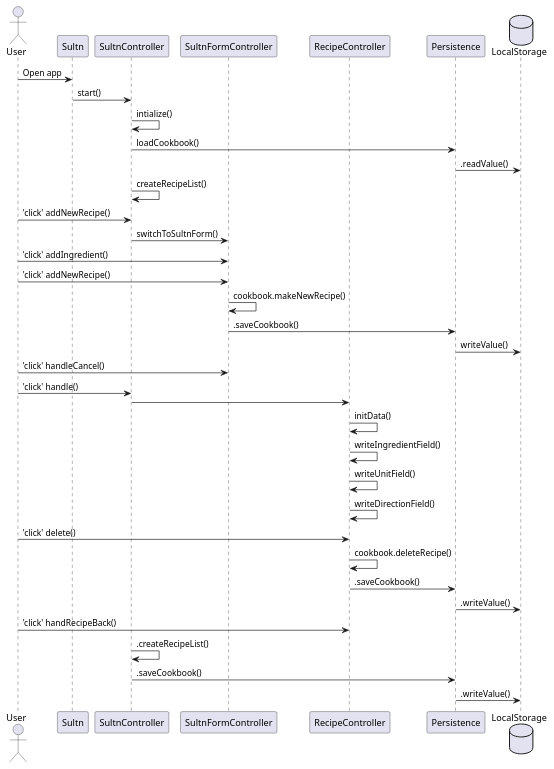
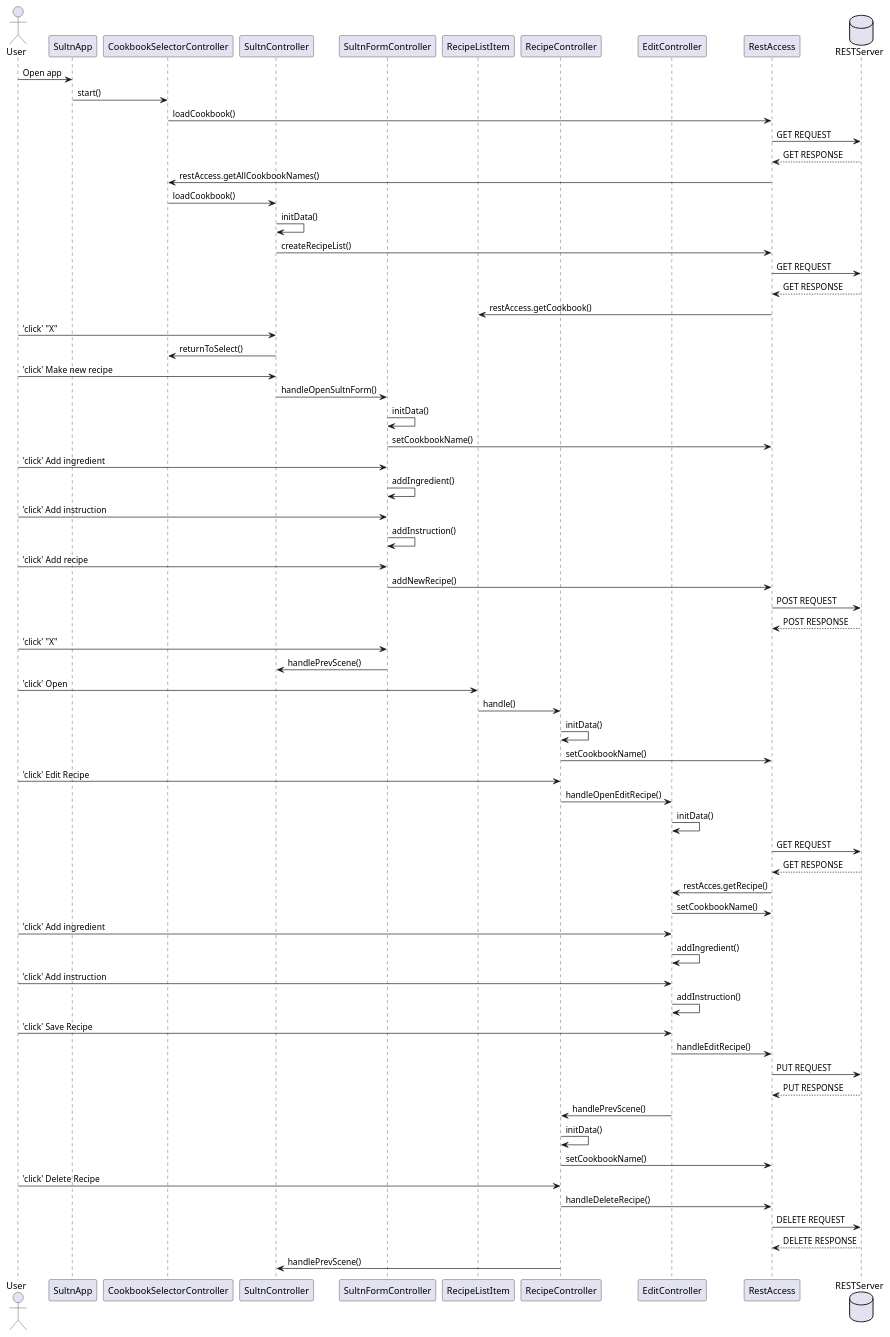
The diagram in puml/sequencediagram.puml (odaskjellet/IT1901-Sultn), drawn with PlantUML before and after one commit. The commit also changed 134 other files, not shown here.

```diff
--- a/puml/sequencediagram.puml
+++ b/puml/sequencediagram.puml
@@ -1,40 +1,83 @@
 @startuml Sequence Diagram
 
 actor User
-participant Sultn
+participant SultnApp
+participant CookbookSelectorController
 participant SultnController
 participant SultnFormController
+participant RecipeListItem
 participant RecipeController
-participant Persistence
-database LocalStorage
+participant EditController
+participant RestAccess
+database RESTServer
 
-User -> Sultn : Open app
-Sultn -> SultnController : start()
-SultnController -> SultnController : intialize()
-SultnController -> Persistence : loadCookbook()
-Persistence -> LocalStorage : .readValue()
-SultnController -> SultnController : createRecipeList()
-User -> SultnController : 'click' addNewRecipe()
-SultnController -> SultnFormController : switchToSultnForm()
-User -> SultnFormController : 'click' addIngredient()
-User -> SultnFormController : 'click' addNewRecipe()
-SultnFormController -> SultnFormController : cookbook.makeNewRecipe()
-SultnFormController -> Persistence : .saveCookbook()
-Persistence -> LocalStorage : writeValue() 
-User -> SultnFormController : 'click' handleCancel()
-User -> SultnController : 'click' handle()
-SultnController -> RecipeController
+
+User -> SultnApp : Open app
+SultnApp -> CookbookSelectorController : start()
+CookbookSelectorController -> RestAccess : loadCookbook()
+RestAccess -> RESTServer : GET REQUEST
+RESTServer --> RestAccess : GET RESPONSE
+RestAccess -> CookbookSelectorController : restAccess.getAllCookbookNames()
+CookbookSelectorController -> SultnController : loadCookbook() 
+SultnController -> SultnController : initData()
+SultnController -> RestAccess: createRecipeList()
+RestAccess -> RESTServer : GET REQUEST
+RESTServer --> RestAccess : GET RESPONSE
+RestAccess -> RecipeListItem : restAccess.getCookbook()
+
+User -> SultnController : 'click' "X"
+SultnController -> CookbookSelectorController : returnToSelect()
+
+User -> SultnController : 'click' Make new recipe
+SultnController -> SultnFormController : handleOpenSultnForm()
+SultnFormController -> SultnFormController : initData()
+SultnFormController -> RestAccess : setCookbookName()
+
+User -> SultnFormController : 'click' Add ingredient
+SultnFormController -> SultnFormController : addIngredient()
+
+User -> SultnFormController : 'click' Add instruction
+SultnFormController -> SultnFormController : addInstruction()
+
+User -> SultnFormController : 'click' Add recipe
+SultnFormController -> RestAccess : addNewRecipe()
+RestAccess -> RESTServer : POST REQUEST
+RESTServer --> RestAccess : POST RESPONSE
+
+User -> SultnFormController : 'click' "X"
+SultnFormController -> SultnController : handlePrevScene()
+
+User -> RecipeListItem : 'click' Open
+RecipeListItem -> RecipeController : handle() 
 RecipeController -> RecipeController : initData()
-RecipeController -> RecipeController : writeIngredientField()
-RecipeController -> RecipeController : writeUnitField()
-RecipeController -> RecipeController : writeDirectionField()
-User -> RecipeController : 'click' delete()
-RecipeController -> RecipeController : cookbook.deleteRecipe()
-RecipeController -> Persistence : .saveCookbook()
-Persistence -> LocalStorage : .writeValue()
-User -> RecipeController : 'click' handRecipeBack()
-SultnController -> SultnController : .createRecipeList()
-SultnController -> Persistence : .saveCookbook()
-Persistence -> LocalStorage : .writeValue()
+RecipeController -> RestAccess : setCookbookName()
+
+User -> RecipeController : 'click' Edit Recipe
+RecipeController -> EditController : handleOpenEditRecipe()
+EditController -> EditController : initData()
+RestAccess -> RESTServer : GET REQUEST
+RESTServer --> RestAccess : GET RESPONSE
+RestAccess -> EditController : restAcces.getRecipe()
+EditController -> RestAccess : setCookbookName()
+
+User -> EditController : 'click' Add ingredient
+EditController -> EditController : addIngredient()
+
+User -> EditController : 'click' Add instruction
+EditController -> EditController : addInstruction()
+
+User -> EditController : 'click' Save Recipe
+EditController -> RestAccess : handleEditRecipe()
+RestAccess -> RESTServer : PUT REQUEST
+RESTServer --> RestAccess : PUT RESPONSE
+EditController -> RecipeController : handlePrevScene()
+RecipeController -> RecipeController : initData()
+RecipeController -> RestAccess : setCookbookName()
+
+User -> RecipeController : 'click' Delete Recipe
+RecipeController -> RestAccess : handleDeleteRecipe()
+RestAccess -> RESTServer : DELETE REQUEST
+RESTServer --> RestAccess : DELETE RESPONSE
+RecipeController -> SultnController : handlePrevScene()
 
 @enduml
```
